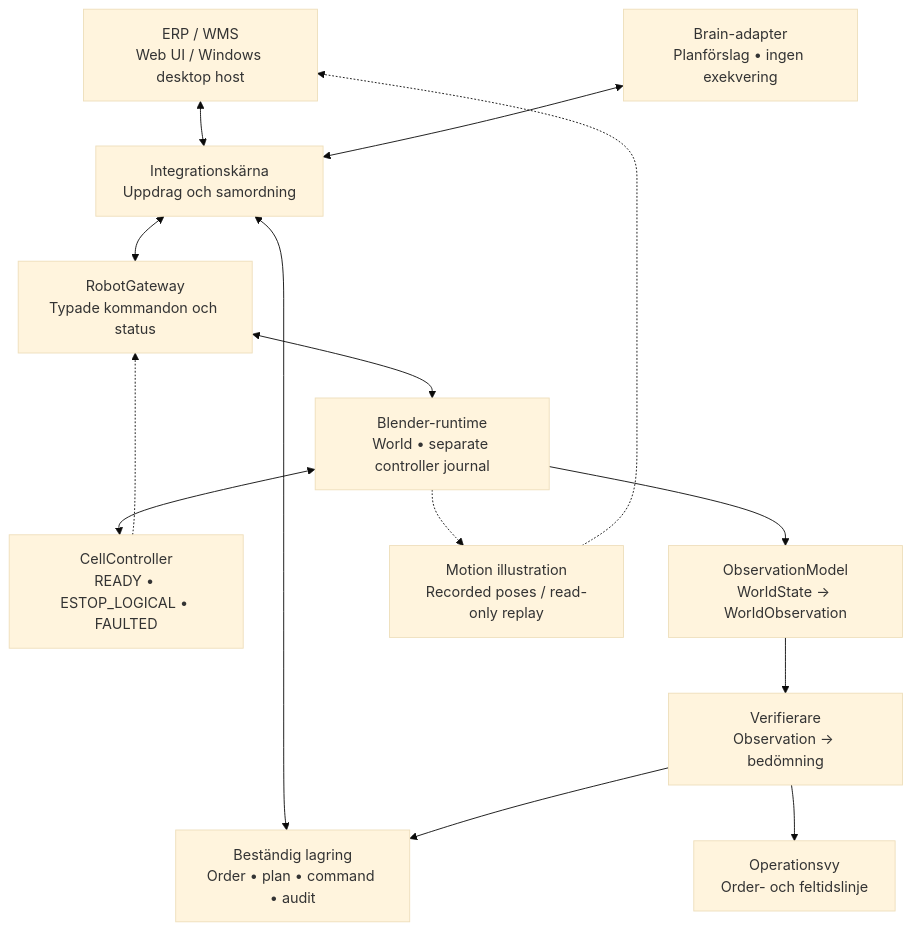
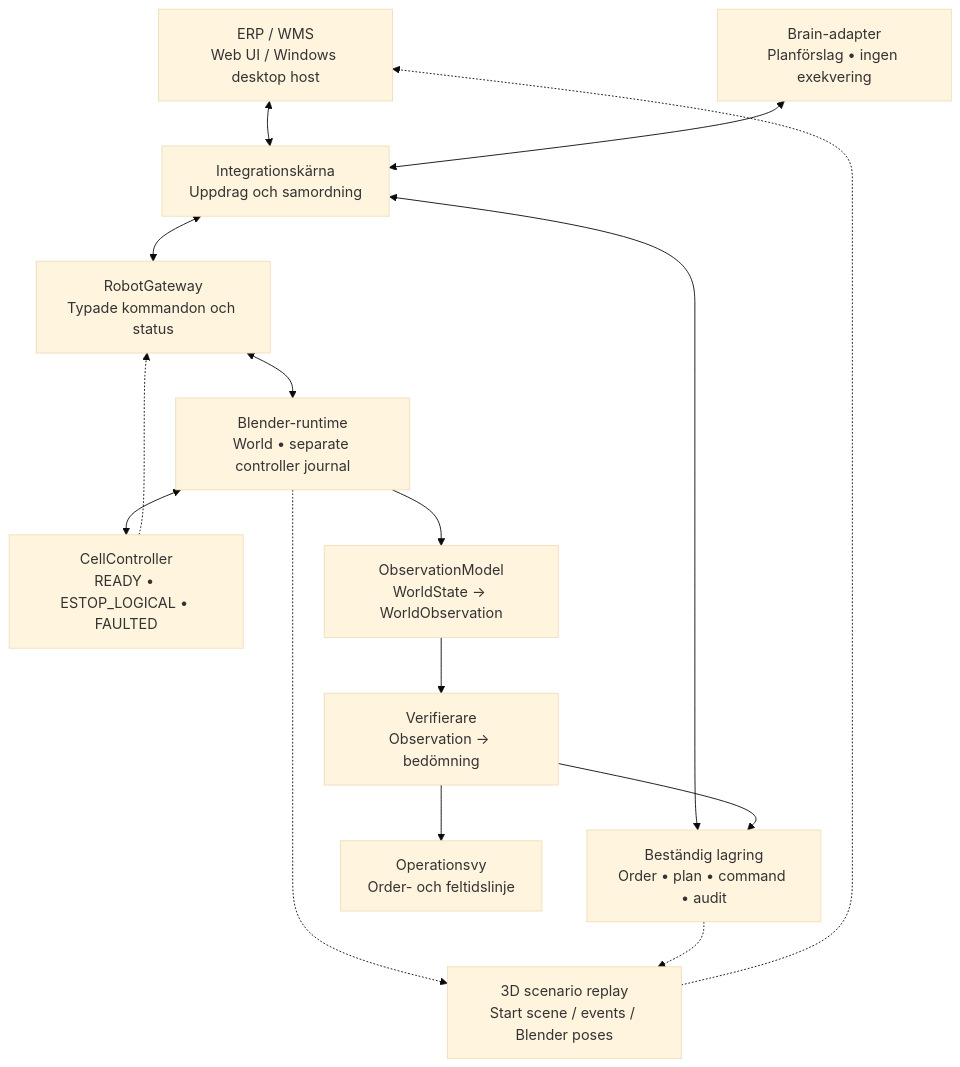
One commit to raal1600/SICS-RobotOps-Twin-E2E-Warehouse-Robotics-Integration-Simulator changed the diagram in sources/diagrams/architecture.mmd. Above: the diagram before and after it, drawn with Mermaid (base theme). The commit also changed 35 other files, not shown here.

```diff
--- a/sources/diagrams/architecture.mmd
+++ b/sources/diagrams/architecture.mmd
@@ -1,25 +1,26 @@
 flowchart TD
   erp["ERP / WMS<br/>Web UI / Windows desktop host"]
   core["Integrationskärna<br/>Uppdrag och samordning"]
   gateway["RobotGateway<br/>Typade kommandon och status"]
   brain["Brain-adapter<br/>Planförslag • ingen exekvering"]
   db["Beständig lagring<br/>Order • plan • command • audit"]
   world["Blender-runtime<br/>World • separate controller journal"]
   monitor["Operationsvy<br/>Order- och feltidslinje"]
   verify["Verifierare<br/>Observation → bedömning"]
   cell["CellController<br/>READY • ESTOP_LOGICAL • FAULTED"]
   observation["ObservationModel<br/>WorldState → WorldObservation"]
-  replay["Motion illustration<br/>Recorded poses / read-only replay"]
+  replay["3D scenario replay<br/>Start scene / events / Blender poses"]
   erp <--> core
   core <--> gateway
   core <--> db
   gateway <--> world
   world <--> cell
   verify --> db
   verify --> monitor
   brain <--> core
   cell -.-> gateway
   world --> observation
   observation --> verify
   world -.-> replay
   replay -.-> erp
+  db -.-> replay
```
